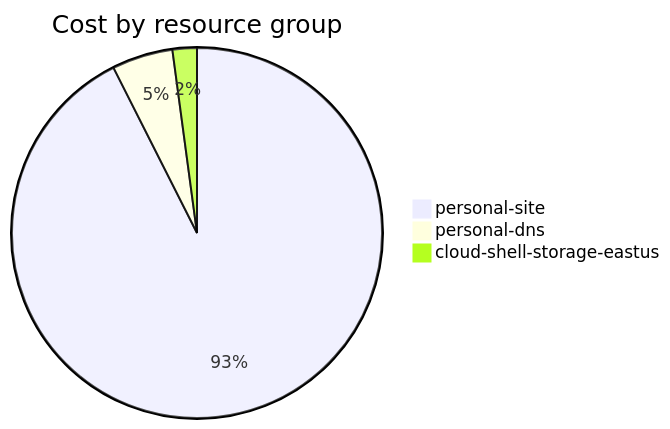
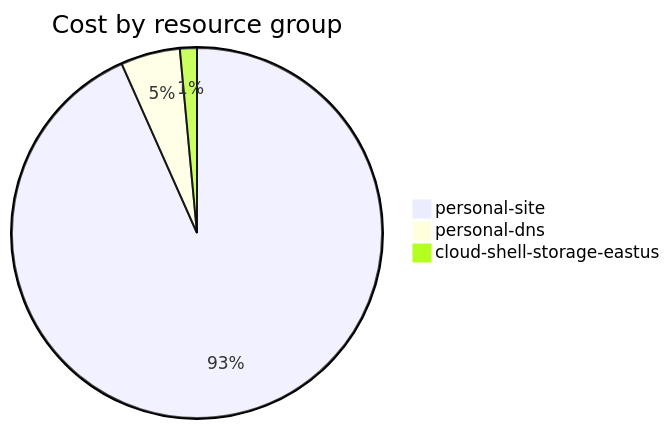
Before and after one commit to jpfulton/azure-personal-reports: the fourth of 4 diagrams in cost-reports/accumulated-cost.md, drawn with Mermaid. The commit also changed other lines of this file and 4 other files, not shown here.

````diff
--- a/cost-reports/accumulated-cost.md
+++ b/cost-reports/accumulated-cost.md
@@ -139,7 +139,7 @@
 ```mermaid
 pie
    title Cost by resource group
-   "personal-site" : 0.87
-   "personal-dns" : 0.05
+   "personal-site" : 1.26
+   "personal-dns" : 0.07
    "cloud-shell-storage-eastus" : 0.02
 ```
````
